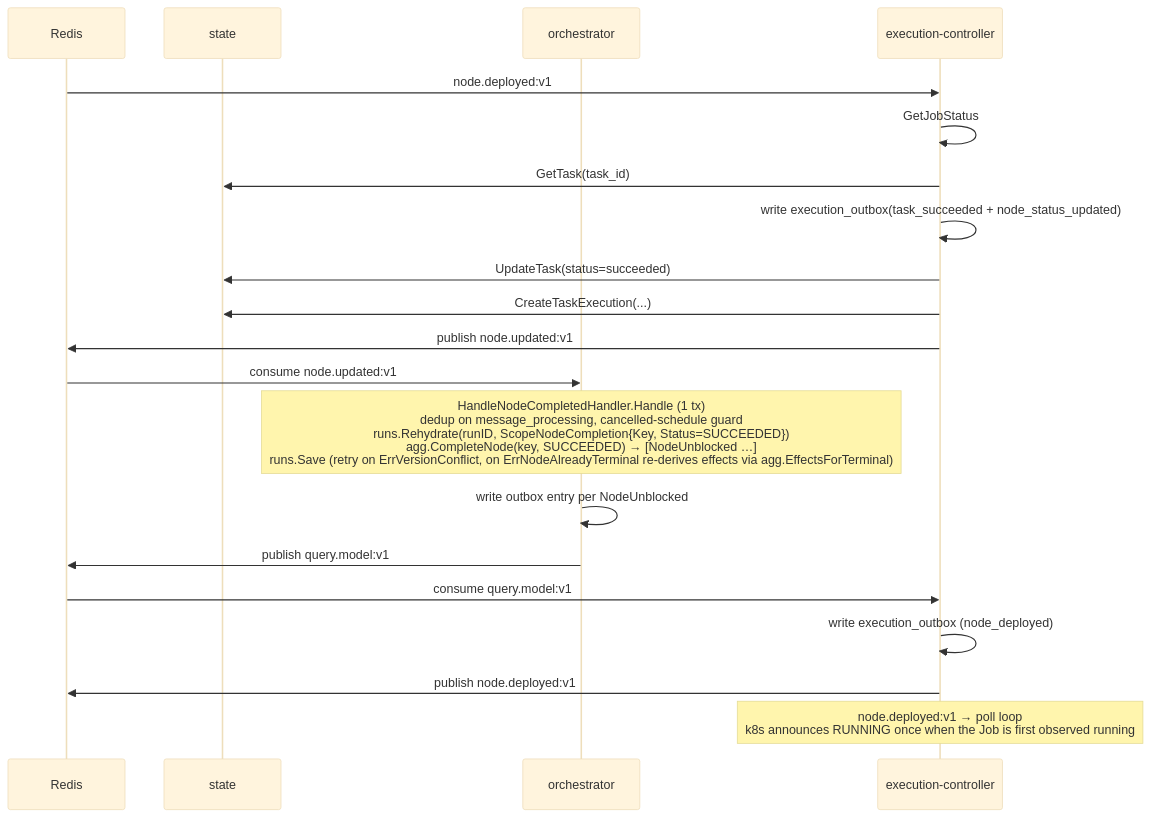
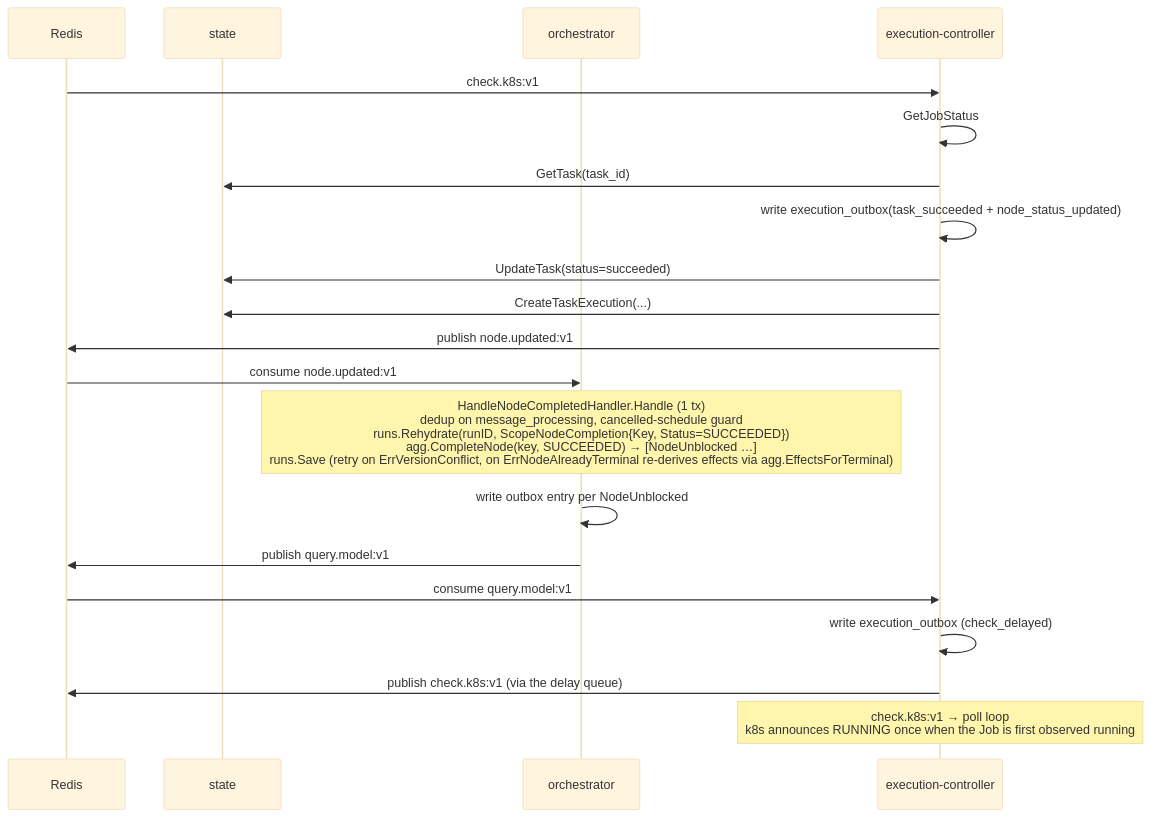
The second of 16 diagrams in docs/arch/03-sequence-flows.md (carolsimone/continuo), drawn with Mermaid (base theme) before and after one commit. The commit also changed other lines of this file and 80 other files, not shown here.

````diff
--- a/docs/arch/03-sequence-flows.md
+++ b/docs/arch/03-sequence-flows.md
@@ -55,25 +55,25 @@
 ```mermaid
 sequenceDiagram
   participant R as Redis
   participant ST as state
   participant OR as orchestrator
   participant EC as execution-controller
 
-  R->>EC: node.deployed:v1
+  R->>EC: check.k8s:v1
   EC->>EC: GetJobStatus
   EC->>ST: GetTask(task_id)
   EC->>EC: write execution_outbox(task_succeeded + node_status_updated)
   EC->>ST: UpdateTask(status=succeeded)
   EC->>ST: CreateTaskExecution(...)
   EC->>R: publish node.updated:v1
 
   R->>OR: consume node.updated:v1
   Note over OR: HandleNodeCompletedHandler.Handle (1 tx)<br/>dedup on message_processing, cancelled-schedule guard<br/>runs.Rehydrate(runID, ScopeNodeCompletion{Key, Status=SUCCEEDED})<br/>agg.CompleteNode(key, SUCCEEDED) → [NodeUnblocked …]<br/>runs.Save (retry on ErrVersionConflict, on ErrNodeAlreadyTerminal re-derives effects via agg.EffectsForTerminal)
   OR->>OR: write outbox entry per NodeUnblocked
   OR->>R: publish query.model:v1
 
   R->>EC: consume query.model:v1
-  EC->>EC: write execution_outbox (node_deployed)
-  EC->>R: publish node.deployed:v1
-  Note over EC: node.deployed:v1 → poll loop<br/>k8s announces RUNNING once when the Job is first observed running
+  EC->>EC: write execution_outbox (check_delayed)
+  EC->>R: publish check.k8s:v1 (via the delay queue)
+  Note over EC: check.k8s:v1 → poll loop<br/>k8s announces RUNNING once when the Job is first observed running
 ```
````
